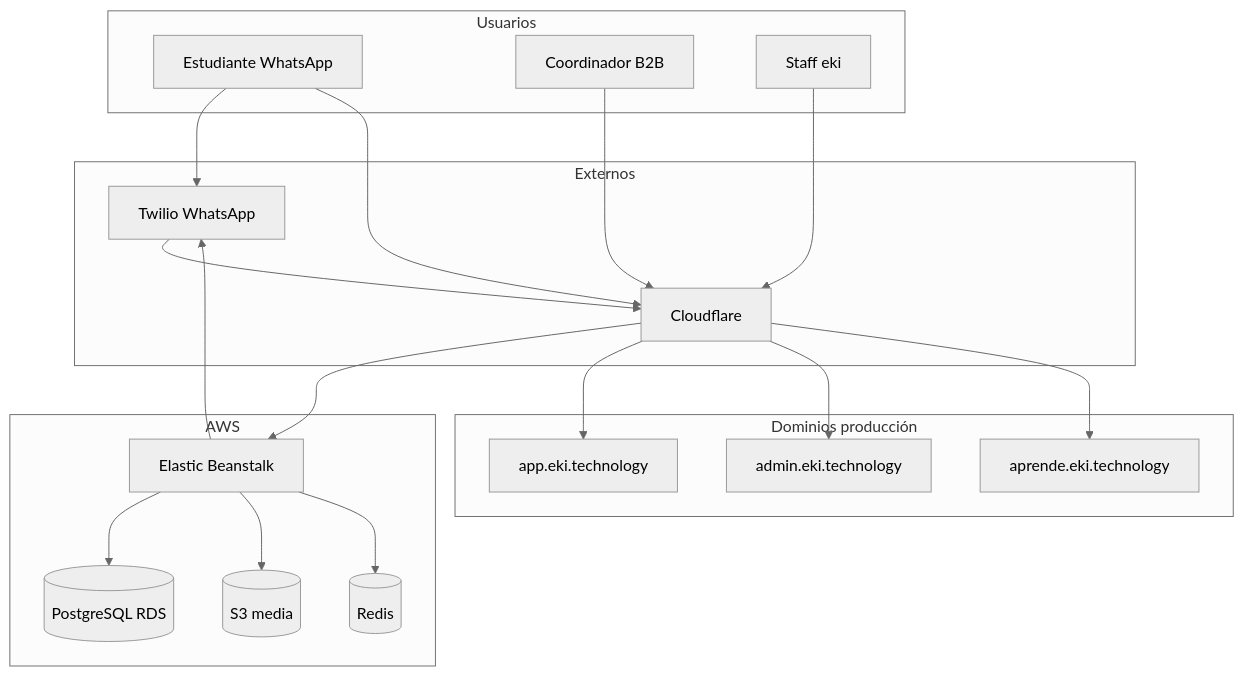
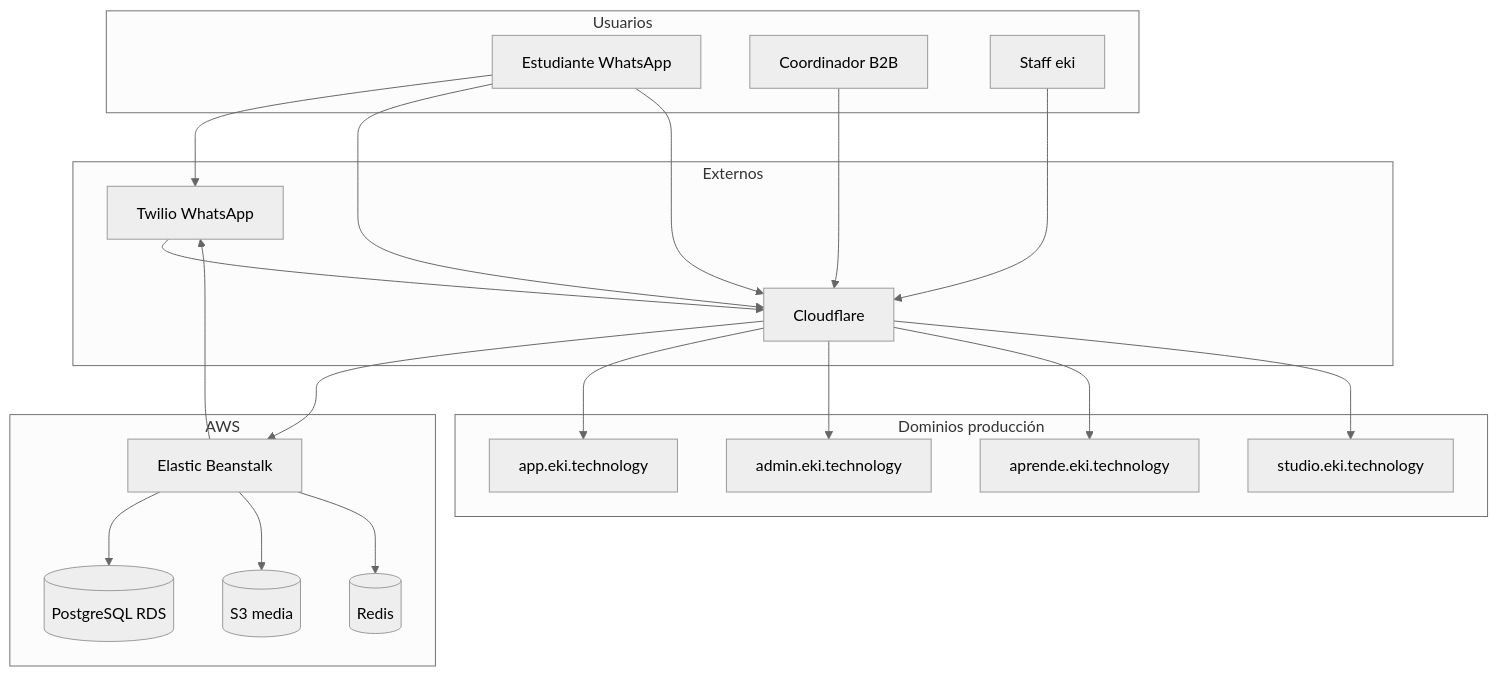
One commit to luxian40-lab/mvp changed the diagram in docs/GUIA_PLATAFORMA_EKI.md. Above: the diagram before and after it, drawn with Mermaid (neutral theme). The commit also changed other lines of this file and 90 other files, not shown here.

````diff
--- a/docs/GUIA_PLATAFORMA_EKI.md
+++ b/docs/GUIA_PLATAFORMA_EKI.md
@@ -122,35 +129,37 @@
 ```mermaid
 flowchart TB
     subgraph usuarios [Usuarios]
         EST[Estudiante WhatsApp]
         COORD[Coordinador B2B]
         STAFF[Staff eki]
     end
 
     subgraph dominios [Dominios producción]
         ADM[admin.eki.technology]
         APP[app.eki.technology]
         APR[aprende.eki.technology]
+        STU[studio.eki.technology]
     end
 
     subgraph aws [AWS]
         EB[Elastic Beanstalk]
         RDS[(PostgreSQL RDS)]
         S3[(S3 media)]
         REDIS[(Redis)]
     end
 
     subgraph externos [Externos]
         TW[Twilio WhatsApp]
         CF[Cloudflare]
     end
 
     EST --> TW --> CF --> EB
     COORD --> CF --> APP
     STAFF --> CF --> ADM
     EST --> CF --> APR
     EB --> RDS
     EB --> S3
     EB --> REDIS
+    EST --> CF --> STU
     EB --> TW
 ```
````
